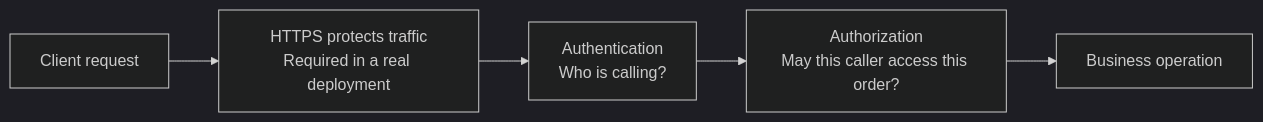
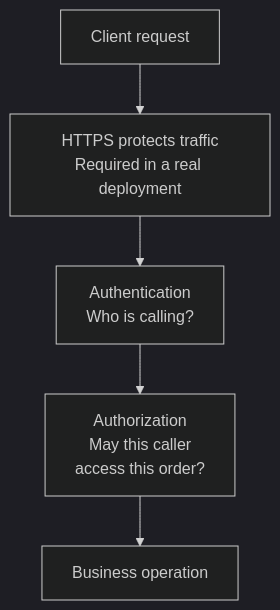
The seventh of 10 diagrams in rest-apis/training-guide.md (alikhawaja/training-plans), drawn with Mermaid (dark theme) before and after one commit. The commit also changed other lines of this file and 1 other file, not shown here.

Commit message:
Improve REST workshop diagram readability

````diff
--- a/rest-apis/training-guide.md
+++ b/rest-apis/training-guide.md
@@ -799,7 +805,7 @@
 ```mermaid
-flowchart LR
+flowchart TB
     C["Client request"] --> H["HTTPS protects traffic<br/>Required in a real deployment"]
     H --> I["Authentication<br/>Who is calling?"]
-    I --> P["Authorization<br/>May this caller access this order?"]
+    I --> P["Authorization<br/>May this caller<br/>access this order?"]
     P --> B["Business operation"]
 ```
````
